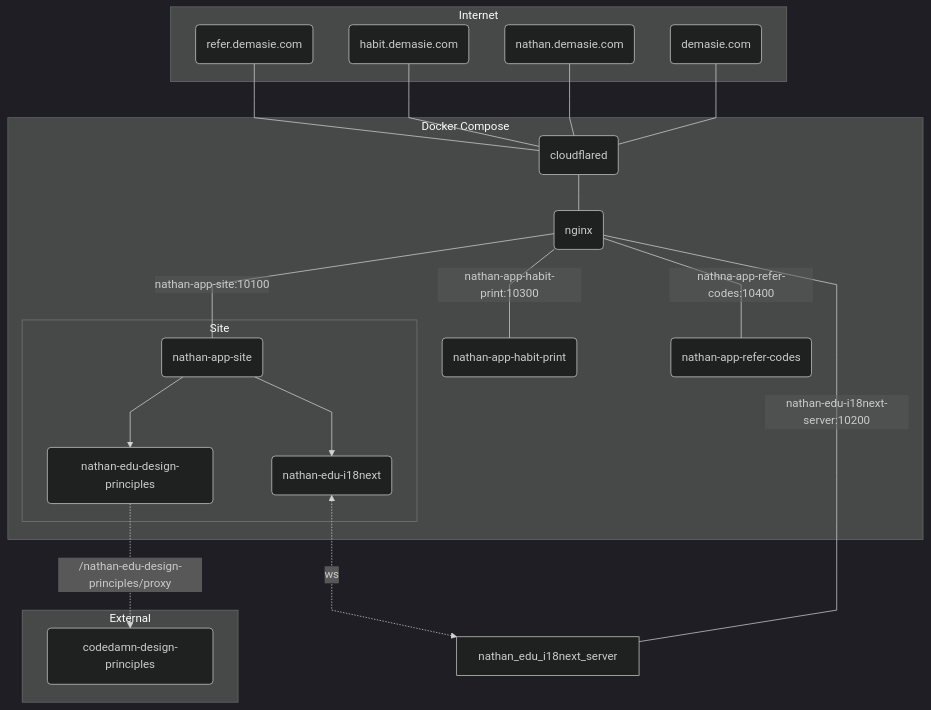
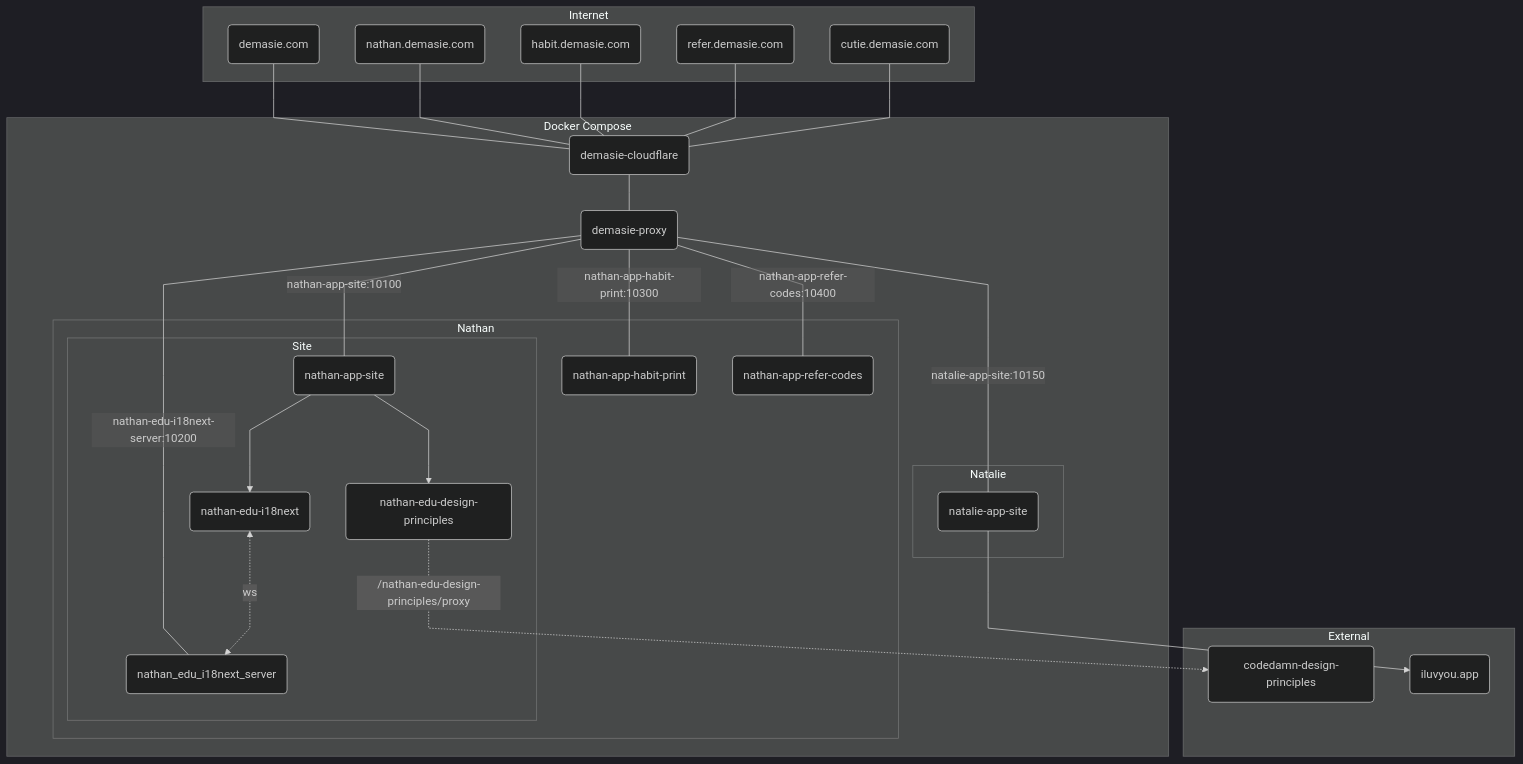
The diagram in README.md (ndemasie/demasie.com), drawn with Mermaid before and after one commit. The commit also changed 18 other files, not shown here.

````diff
--- a/README.md
+++ b/README.md
@@ -21,63 +21,76 @@
 ```mermaid
 %%{init: { 'theme': 'dark', 'flowchart' : {'curve' : 'linear'}}}%%
 
 flowchart TB
   subgraph Internet
     domain("demasie.com")
     domain_nathan("nathan.demasie.com")
     domain_habit("habit.demasie.com")
     domain_refer("refer.demasie.com")
+    domain_cutie("cutie.demasie.com")
+  end
+
+  subgraph Docker Compose
+    demasie_cloudflare(demasie-cloudflare)
+    demasie_proxy(demasie-proxy)
+
+    subgraph Natalie
+      natalie_app_site(natalie-app-site)
+    end
+
+    subgraph Nathan
+      nathan_edu_i18next(nathan-edu-i18next-server)
+      nathan_app_habit_print(nathan-app-habit-print)
+      nathan_app_referral_codes(nathan-app-refer-codes)
+
+      subgraph Site
+        nathan_app_site(nathan-app-site)
+        nathan_edu_i18next(nathan-edu-i18next)
+        nathan_edu_design_principles(nathan-edu-design-principles)
+        nathan_edu_i18next_server(nathan_edu_i18next_server)
+      end
+    end
   end
 
   subgraph External
     codedamn_design_principles(codedamn-design-principles)
-  end
-
-  subgraph Docker Compose
-    cloudflared(cloudflared)
-    nginx(nginx)
-    nathan_edu_i18next(nathan-edu-i18next-server)
-    nathan_app_habit_print(nathan-app-habit-print)
-    nathan_app_referral_codes(nathan-app-refer-codes)
-
-    subgraph Site
-      nathan_app_site(nathan-app-site)
-      nathan_edu_i18next(nathan-edu-i18next)
-      nathan_edu_design_principles(nathan-edu-design-principles)
-    end
+    iluvyou_app(iluvyou.app)
   end
 
   %% Flow
-  domain --- cloudflared
-  domain_nathan --- cloudflared
-  domain_habit --- cloudflared
-  domain_refer --- cloudflared
+  domain --- demasie_cloudflare
+  domain_nathan --- demasie_cloudflare
+  domain_habit --- demasie_cloudflare
+  domain_refer --- demasie_cloudflare
+  domain_cutie --- demasie_cloudflare
 
-  cloudflared --- nginx
+  demasie_cloudflare --- demasie_proxy
 
-  nginx ---|<div>nathan-app-site:10100</div>| nathan_app_site
-  nginx ---|<div>nathan-edu-i18next-server:10200</div>| nathan_edu_i18next_server
-  nginx ---|<div>nathan-app-habit-print:10300</div>| nathan_app_habit_print
-  nginx ---|<div>nathna-app-refer-codes:10400</div>| nathan_app_referral_codes
+  demasie_proxy ---|<div>natalie-app-site:10150</div>| natalie_app_site
+  demasie_proxy ---|<div>nathan-app-site:10100</div>| nathan_app_site
+  demasie_proxy ---|<div>nathan-edu-i18next-server:10200</div>| nathan_edu_i18next_server
+  demasie_proxy ---|<div>nathan-app-habit-print:10300</div>| nathan_app_habit_print
+  demasie_proxy ---|<div>nathan-app-refer-codes:10400</div>| nathan_app_referral_codes
+
+  natalie_app_site --> iluvyou_app
 
   nathan_app_site --> nathan_edu_i18next
   nathan_app_site --> nathan_edu_design_principles
   nathan_edu_i18next <-.->|ws| nathan_edu_i18next_server
   nathan_edu_design_principles -.-> |/nathan-edu-design-principles/proxy| codedamn_design_principles
 
   click domain "https://www.demasie.com" _blank
+  click domain_cutie "https://cutie.demasie.com" _blank
+  click domain_habit "https://habit.demasie.com" _blank
   click domain_nathan "https://nathan.demasie.com" _blank
-  click domain_habit "https://habit.demasie.com" _blank
   click domain_refer "https://refer.demasie.com" _blank
-
-  click nginx "https://github.com/ndemasie/ndemasie.github.io/tree/main/packages/nginx" _blank
-
+  click demasie_proxy "https://github.com/ndemasie/ndemasie.github.io/tree/main/packages/demasie_proxy" _blank
   click nathan_app_habit_print "https://github.com/ndemasie/ndemasie.github.io/tree/main/packages/nathan-app-habit-print" _blank
   click nathan_app_referral_codes "https://github.com/ndemasie/ndemasie.github.io/tree/main/packages/nathan-app-refer-codes" _blank
   click nathan_app_site "https://github.com/ndemasie/ndemasie.github.io/tree/main/packages/nathan-app-site" _blank
   click nathan_edu_design_principles "https://github.com/ndemasie/ndemasie.github.io/tree/main/packages/nathan-edu-design-principles" _blank
   click nathan_edu_i18next "https://github.com/ndemasie/ndemasie.github.io/tree/main/packages/nathan-edu-i18next" _blank
   click nathan_edu_i18next_server "https://github.com/ndemasie/ndemasie.github.io/tree/main/packages/nathan-edu-i18next-server" _blank
-
   click codedamn_design_principles "https://codedamn.com/playground/qjHW2vXxppVc48uXH5UWv" _blank
+  click iluvyou_app "https://iluvyou.app/valentine?d=eyJuYW1lIjoiQ3V0aWUiLCJkYXlzIjoyNzQ1fQ%3D%3D" _blank
 ```
````
